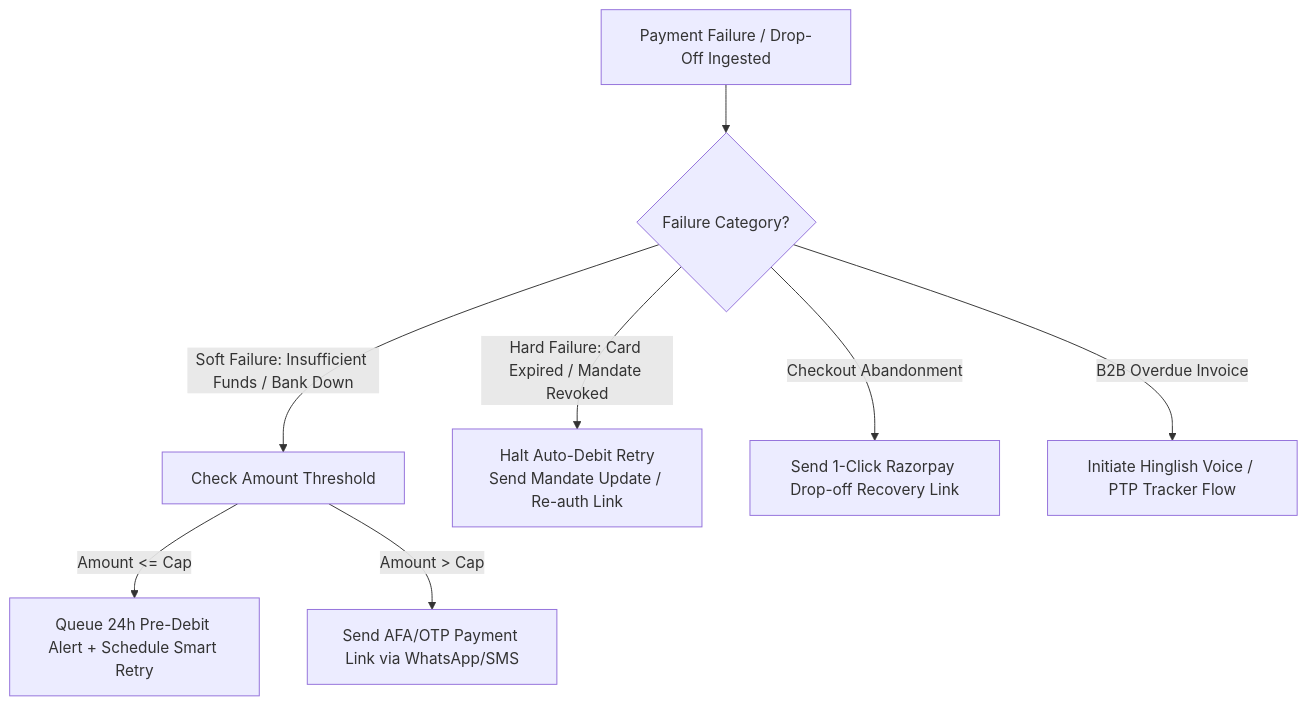
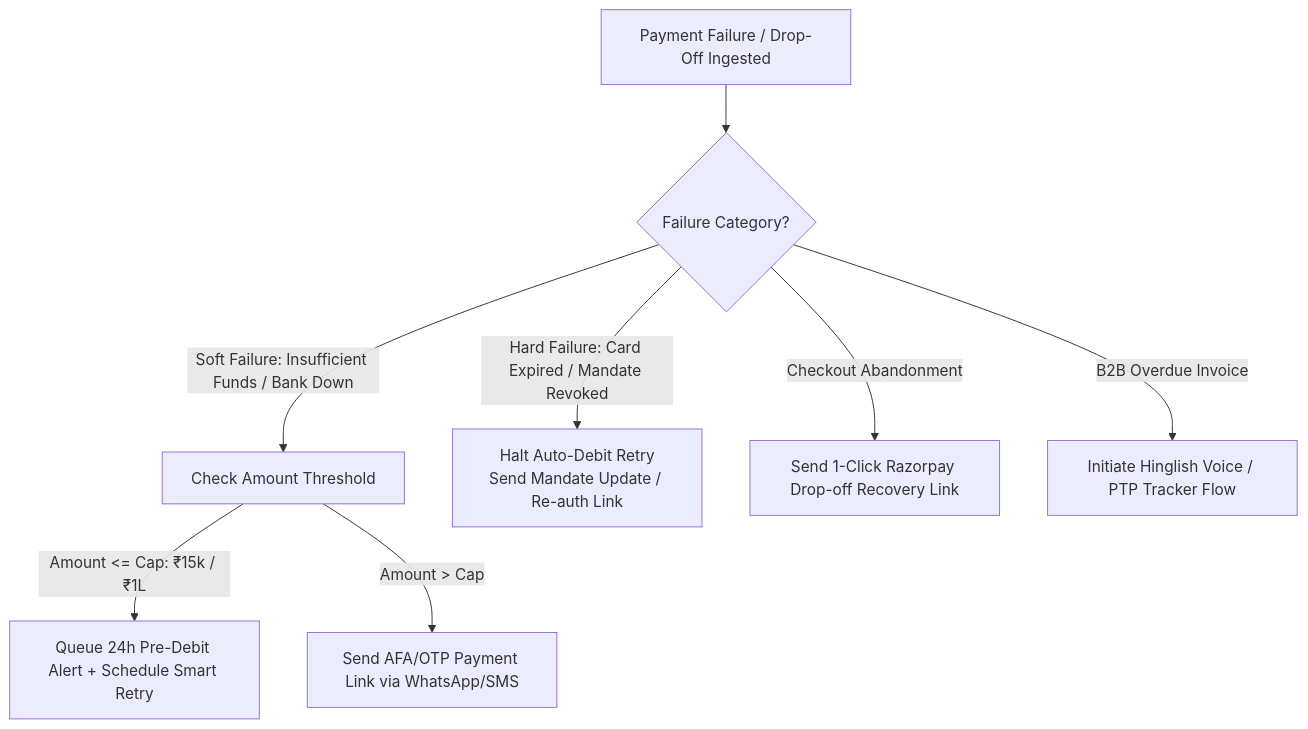
Before and after one commit to Harmit07/razorpay-ai-challenge: the diagram in compliance-rules.md, drawn with Mermaid. The commit also changed other lines of this file, not shown here.

````diff
--- a/compliance-rules.md
+++ b/compliance-rules.md
@@ -56,14 +95,14 @@
 ```mermaid
 flowchart TD
     A[Payment Failure / Drop-Off Ingested] --> B{Failure Category?}
     
     B -->|Soft Failure: Insufficient Funds / Bank Down| C[Check Amount Threshold]
-    C -->|Amount <= Cap| D[Queue 24h Pre-Debit Alert + Schedule Smart Retry]
+    C -->|Amount <= Cap: ₹15k / ₹1L| D[Queue 24h Pre-Debit Alert + Schedule Smart Retry]
     C -->|Amount > Cap| E[Send AFA/OTP Payment Link via WhatsApp/SMS]
     
     B -->|Hard Failure: Card Expired / Mandate Revoked| F[Halt Auto-Debit Retry<br/>Send Mandate Update / Re-auth Link]
     
     B -->|Checkout Abandonment| G[Send 1-Click Razorpay Drop-off Recovery Link]
     
     B -->|B2B Overdue Invoice| H[Initiate Hinglish Voice / PTP Tracker Flow]
 ```
````
